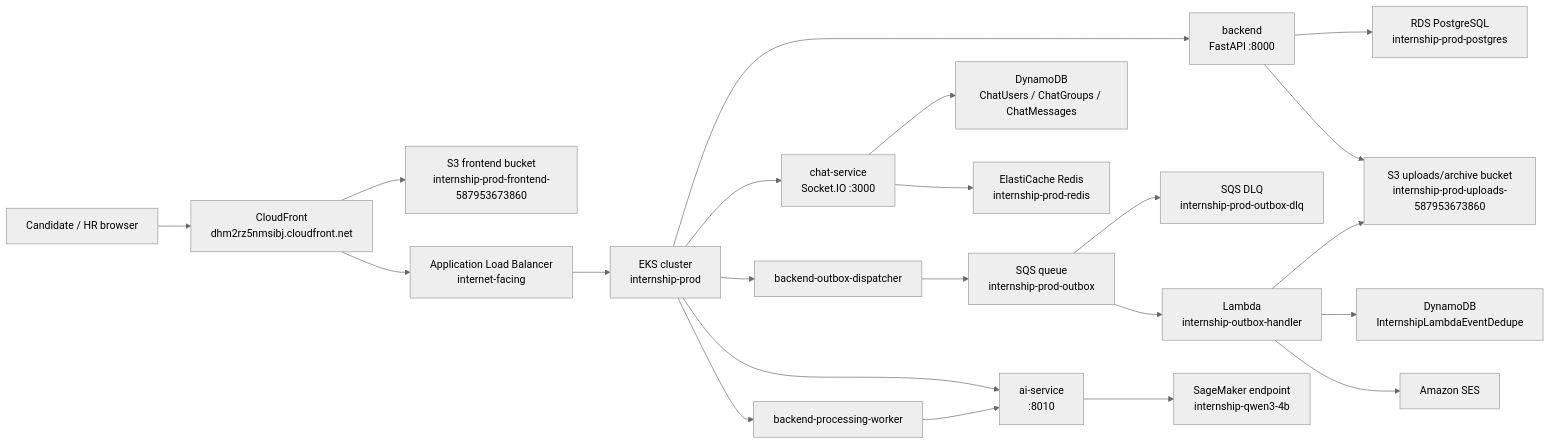
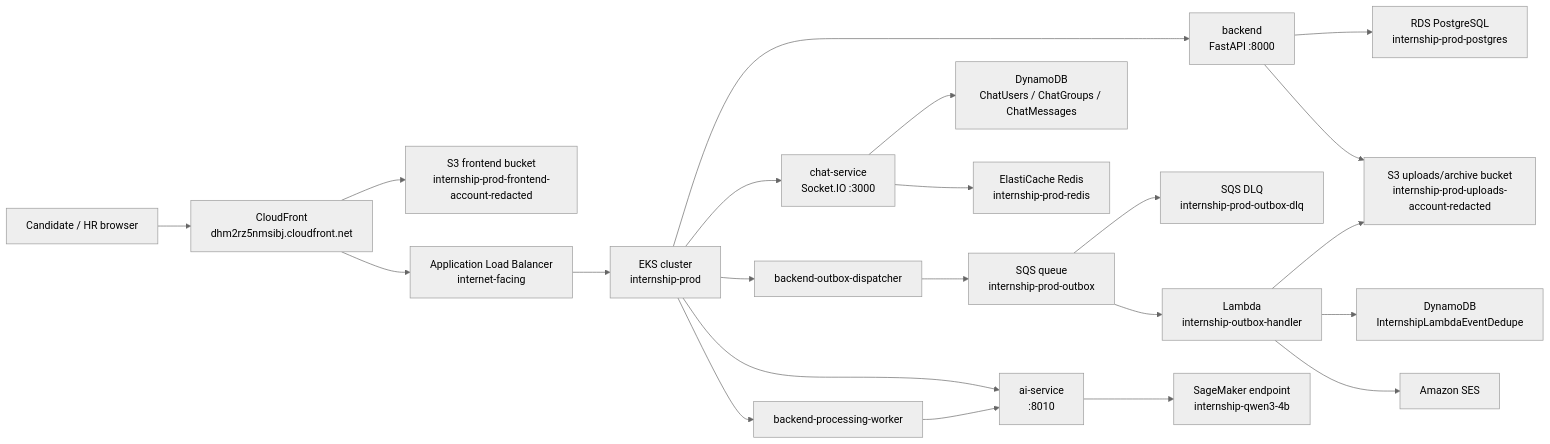
The first of 6 diagrams in content/5-Workshop/5.2-Architecture/_index.vi.md (zKdKaidO/AWS_Report), drawn with Mermaid (neutral theme) before and after one commit. The commit also changed other lines of this file and 18 other files, not shown here.

````diff
--- a/content/5-Workshop/5.2-Architecture/_index.vi.md
+++ b/content/5-Workshop/5.2-Architecture/_index.vi.md
@@ -33,45 +33,45 @@
 ```mermaid
 flowchart LR
     User["Candidate / HR browser"]
     CF["CloudFront<br/>dhm2rz5nmsibj.cloudfront.net"]
-    S3Frontend["S3 frontend bucket<br/>internship-prod-frontend-587953673860"]
+    S3Frontend["S3 frontend bucket<br/>internship-prod-frontend-account-redacted"]
     ALB["Application Load Balancer<br/>internet-facing"]
     EKS["EKS cluster<br/>internship-prod"]
     Backend["backend<br/>FastAPI :8000"]
     Chat["chat-service<br/>Socket.IO :3000"]
     Dispatcher["backend-outbox-dispatcher"]
     Worker["backend-processing-worker"]
     AI["ai-service<br/>:8010"]
     RDS["RDS PostgreSQL<br/>internship-prod-postgres"]
     DDB["DynamoDB<br/>ChatUsers / ChatGroups / ChatMessages"]
     Redis["ElastiCache Redis<br/>internship-prod-redis"]
-    Uploads["S3 uploads/archive bucket<br/>internship-prod-uploads-587953673860"]
+    Uploads["S3 uploads/archive bucket<br/>internship-prod-uploads-account-redacted"]
     SQS["SQS queue<br/>internship-prod-outbox"]
     DLQ["SQS DLQ<br/>internship-prod-outbox-dlq"]
     Lambda["Lambda<br/>internship-outbox-handler"]
     Dedupe["DynamoDB<br/>InternshipLambdaEventDedupe"]
     SES["Amazon SES"]
     SM["SageMaker endpoint<br/>internship-qwen3-4b"]
 
     User --> CF
     CF --> S3Frontend
     CF --> ALB
     ALB --> EKS
     EKS --> Backend
     EKS --> Chat
     EKS --> Dispatcher
     EKS --> Worker
     EKS --> AI
     Backend --> RDS
     Backend --> Uploads
     Chat --> DDB
     Chat --> Redis
     Worker --> AI
     AI --> SM
     Dispatcher --> SQS
     SQS --> Lambda
     SQS --> DLQ
     Lambda --> Dedupe
     Lambda --> Uploads
     Lambda --> SES
 ```
````
